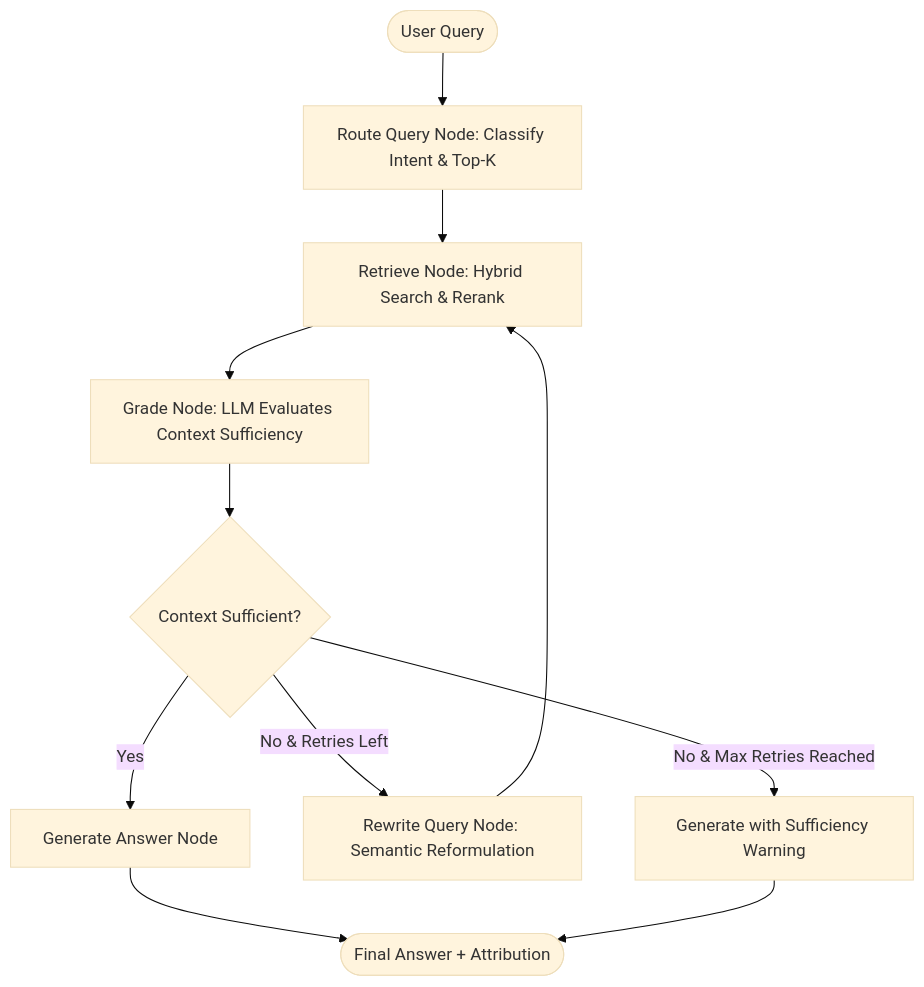
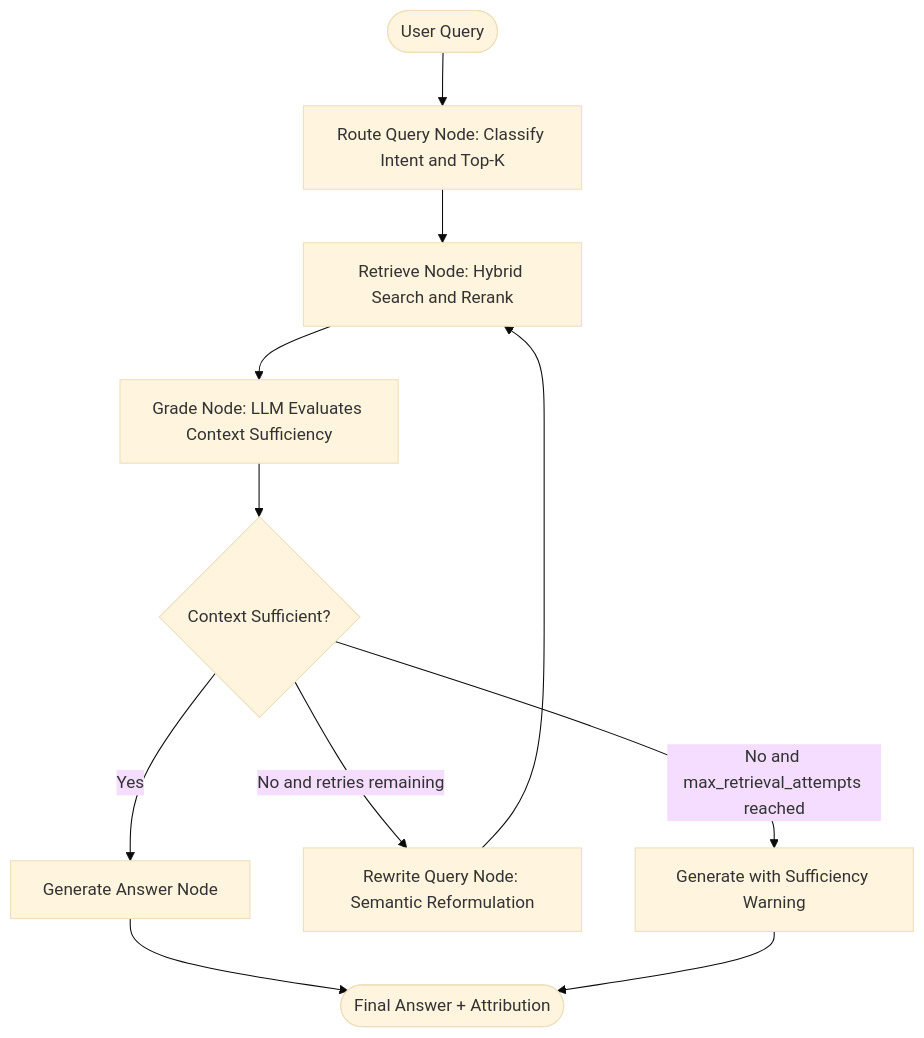
Before and after one commit to PALAK7890/RAGForge: the second of 6 diagrams in docs/architecture.md, drawn with Mermaid (base theme). The commit also changed other lines of this file and 2 other files, not shown here.

Commit message:
Sync architecture.md and README with all 7 extensions, SSE endpoint, and retry cap docs

````diff
--- a/docs/architecture.md
+++ b/docs/architecture.md
@@ -44,15 +44,15 @@
 ```mermaid
 flowchart TD
-    START([User Query]) --> ROUTE[Route Query Node: Classify Intent & Top-K]
-    ROUTE --> RETRIEVE[Retrieve Node: Hybrid Search & Rerank]
+    START([User Query]) --> ROUTE["Route Query Node: Classify Intent and Top-K"]
+    ROUTE --> RETRIEVE[Retrieve Node: Hybrid Search and Rerank]
     RETRIEVE --> GRADE[Grade Node: LLM Evaluates Context Sufficiency]
-    
+
     GRADE --> CHECK{Context Sufficient?}
     CHECK -- Yes --> GEN[Generate Answer Node]
-    CHECK -- No & Retries Left --> REWRITE[Rewrite Query Node: Semantic Reformulation]
+    CHECK -- "No and retries remaining" --> REWRITE[Rewrite Query Node: Semantic Reformulation]
     REWRITE --> RETRIEVE
-    CHECK -- No & Max Retries Reached --> GEN_WARN[Generate with Sufficiency Warning]
-    
+    CHECK -- "No and max_retrieval_attempts reached" --> GEN_WARN[Generate with Sufficiency Warning]
+
     GEN --> END([Final Answer + Attribution])
     GEN_WARN --> END
 ```
````
